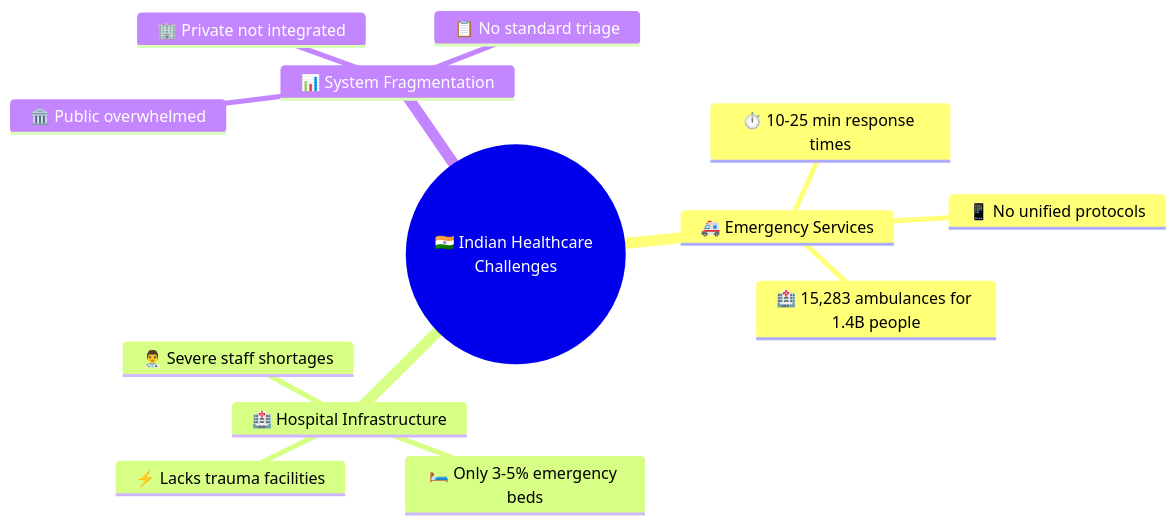
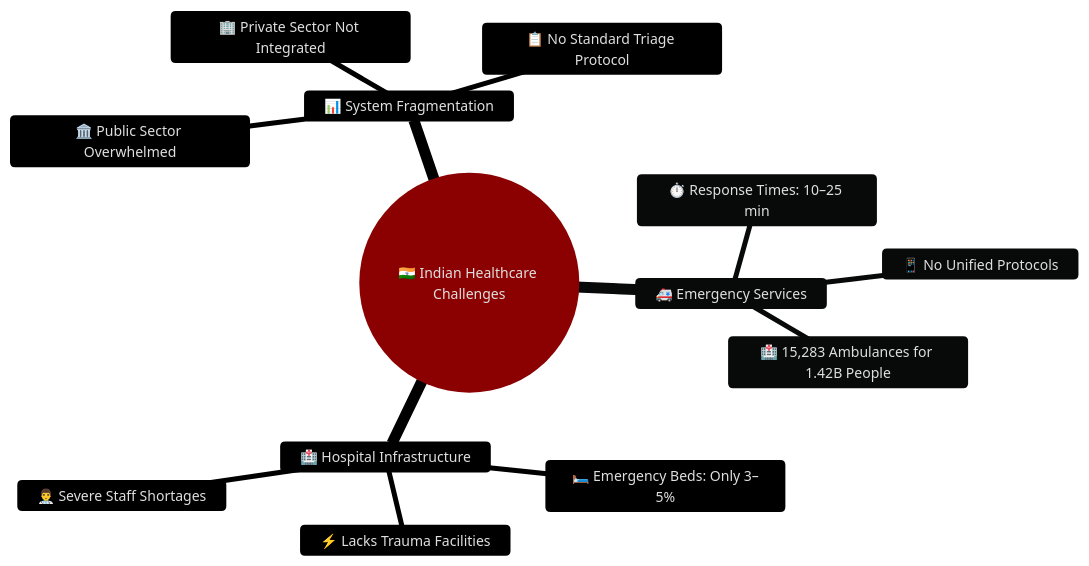
The third of 18 diagrams in report.md (hr1juldey/FairWorks_FairDOC), drawn with Mermaid before and after one commit. The commit also changed other lines of this file, not shown here.

````diff
--- a/report.md
+++ b/report.md
@@ -83,16 +95,25 @@
 ```mermaid
+---
+config:
+  theme: neo-dark
+  mindmap:
+    fontSize: 12
+    nodeSpacing: 120
+    padding: 10
+---
 mindmap
   root((🇮🇳 Indian Healthcare Challenges))
     🚑 Emergency Services
-      ⏱️ 10-25 min response times
-      📱 No unified protocols
-      🏥 15,283 ambulances for 1.4B people
-    🏥 Hospital Infrastructure  
-      🛏️ Only 3-5% emergency beds
-      ⚡ Lacks trauma facilities
-      👨‍⚕️ Severe staff shortages
+      ⏱️ Response Times: 10–25 min
+      📱 No Unified Protocols
+      🏥 15,283 Ambulances for 1.42B People
+    🏥 Hospital Infrastructure
+      🛏️ Emergency Beds: Only 3–5%
+      ⚡ Lacks Trauma Facilities
+      👨‍⚕️ Severe Staff Shortages
     📊 System Fragmentation
-      🏛️ Public overwhelmed
-      🏢 Private not integrated
-      📋 No standard triage
+      🏛️ Public Sector Overwhelmed
+      🏢 Private Sector Not Integrated
+      📋 No Standard Triage Protocol
+
 ```
````
